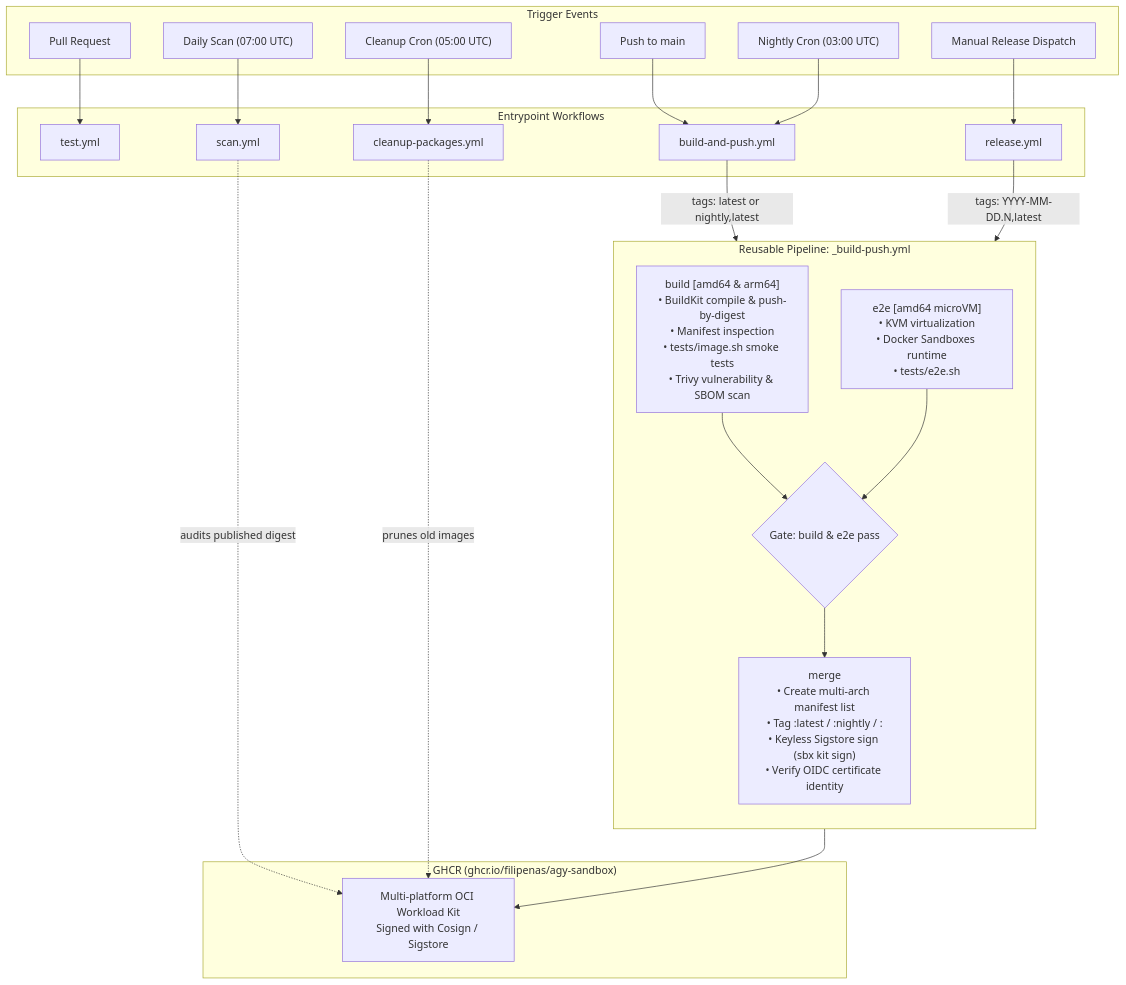
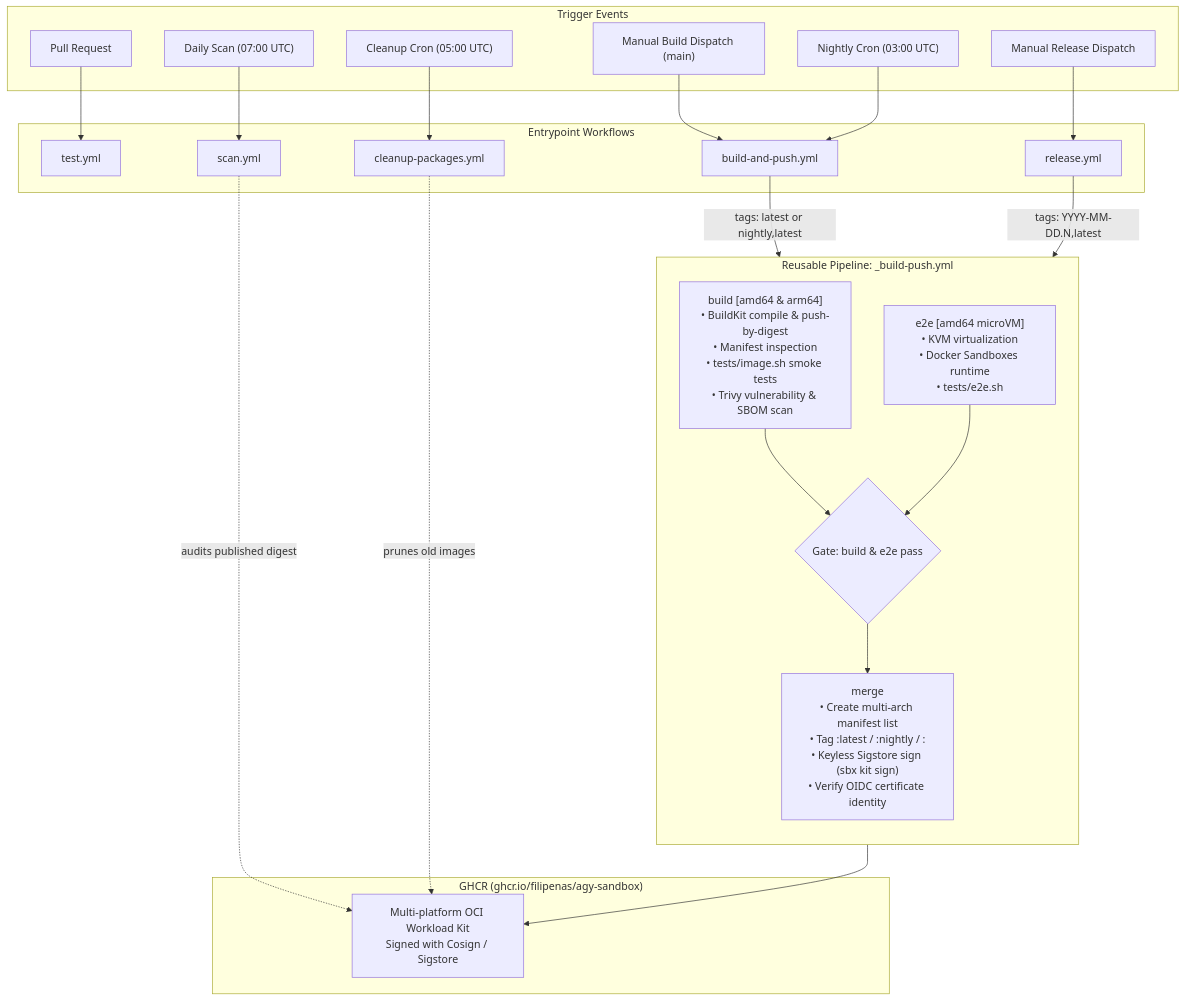
One commit to FilipeNas/agy-sandbox changed the first of 2 diagrams in .github/workflows/README.md. Above: the diagram before and after it, drawn with Mermaid. The commit also changed other lines of this file and 5 other files, not shown here.

First line of the commit message:
ci: build main only on manual dispatch

````diff
--- a/.github/workflows/README.md
+++ b/.github/workflows/README.md
@@ -15,48 +15,48 @@
 ```mermaid
 flowchart TD
     subgraph Triggers["Trigger Events"]
         PR["Pull Request"]
-        PushMain["Push to main"]
+        BuildDispatch["Manual Build Dispatch (main)"]
         Nightly["Nightly Cron (03:00 UTC)"]
         RelDispatch["Manual Release Dispatch"]
         CleanupCron["Cleanup Cron (05:00 UTC)"]
         ScanCron["Daily Scan (07:00 UTC)"]
     end
 
     subgraph Entrypoints["Entrypoint Workflows"]
         TestWf["test.yml"]
         BuildPushWf["build-and-push.yml"]
         ReleaseWf["release.yml"]
         CleanupWf["cleanup-packages.yml"]
         ScanWf["scan.yml"]
     end
 
     subgraph Core["Reusable Pipeline: _build-push.yml"]
         direction TB
         BuildMatrix["build [amd64 & arm64]<br/>• BuildKit compile & push-by-digest<br/>• Manifest inspection<br/>• tests/image.sh smoke tests<br/>• Trivy vulnerability & SBOM scan"]
         E2E["e2e [amd64 microVM]<br/>• KVM virtualization<br/>• Docker Sandboxes runtime<br/>• tests/e2e.sh"]
         MergeGate{"Gate: build & e2e pass"}
         PublishSign["merge<br/>• Create multi-arch manifest list<br/>• Tag :latest / :nightly / :<version><br/>• Keyless Sigstore sign (sbx kit sign)<br/>• Verify OIDC certificate identity"]
 
         BuildMatrix --> MergeGate
         E2E --> MergeGate
         MergeGate --> PublishSign
     end
 
     subgraph Registry["GHCR (ghcr.io/filipenas/agy-sandbox)"]
         GHCR["Multi-platform OCI Workload Kit<br/>Signed with Cosign / Sigstore"]
     end
 
     PR --> TestWf
-    PushMain --> BuildPushWf
+    BuildDispatch --> BuildPushWf
     Nightly --> BuildPushWf
     RelDispatch --> ReleaseWf
     CleanupCron --> CleanupWf
     ScanCron --> ScanWf
 
     BuildPushWf -->|tags: latest or nightly,latest| Core
     ReleaseWf -->|tags: YYYY-MM-DD.N,latest| Core
     Core --> GHCR
     ScanWf -.->|audits published digest| GHCR
     CleanupWf -.->|prunes old images| GHCR
 ```
````
